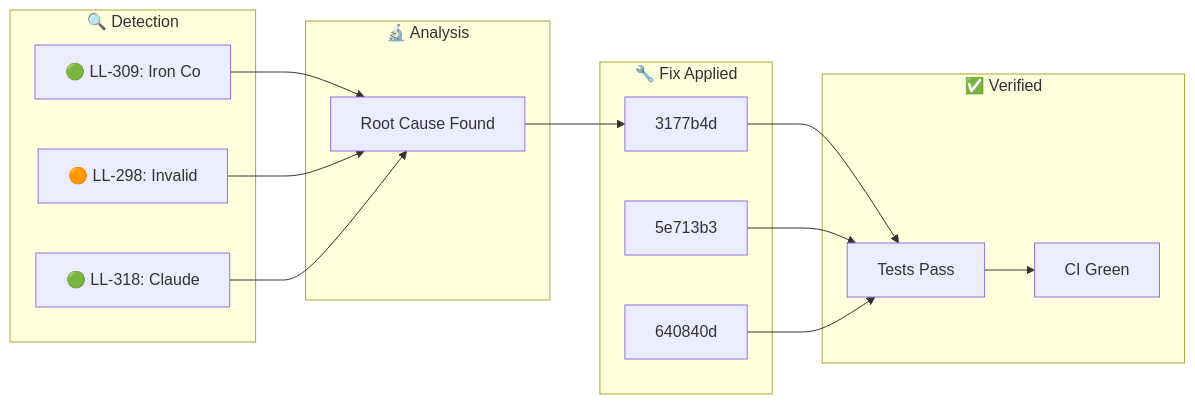
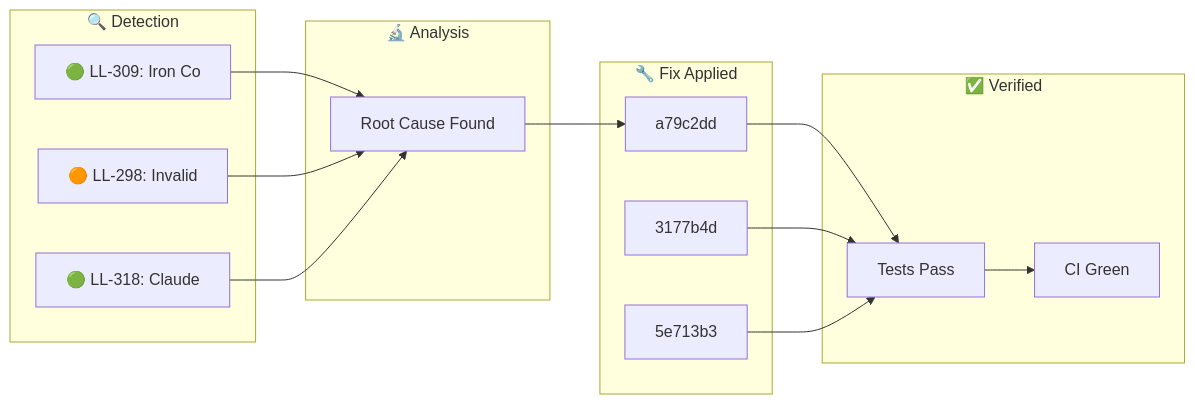
The diagram in docs/_posts/2026-01-28-ralph-discovery.md (YoByron/trading), drawn with Mermaid before and after one commit. The commit also changed other lines of this file, not shown here.

Commit message:
docs(ralph): Auto-publish discovery blog post

````diff
--- a/docs/_posts/2026-01-28-ralph-discovery.md
+++ b/docs/_posts/2026-01-28-ralph-discovery.md
@@ -17,28 +17,28 @@
 ```mermaid
 flowchart LR
     subgraph Detection["🔍 Detection"]
         D1["🟢 LL-309: Iron Co"]
         D2["🟠 LL-298: Invalid"]
         D3["🟢 LL-318: Claude "]
     end
     subgraph Analysis["🔬 Analysis"]
         A1["Root Cause Found"]
     end
     subgraph Fix["🔧 Fix Applied"]
-        F1["3177b4d"]
-        F2["5e713b3"]
-        F3["640840d"]
+        F1["a79c2dd"]
+        F2["3177b4d"]
+        F3["5e713b3"]
     end
     subgraph Verify["✅ Verified"]
         V1["Tests Pass"]
         V2["CI Green"]
     end
     D1 --> A1
     D2 --> A1
     D3 --> A1
     A1 --> F1
     F1 --> V1
     F2 --> V1
     F3 --> V1
     V1 --> V2
 ```
````
